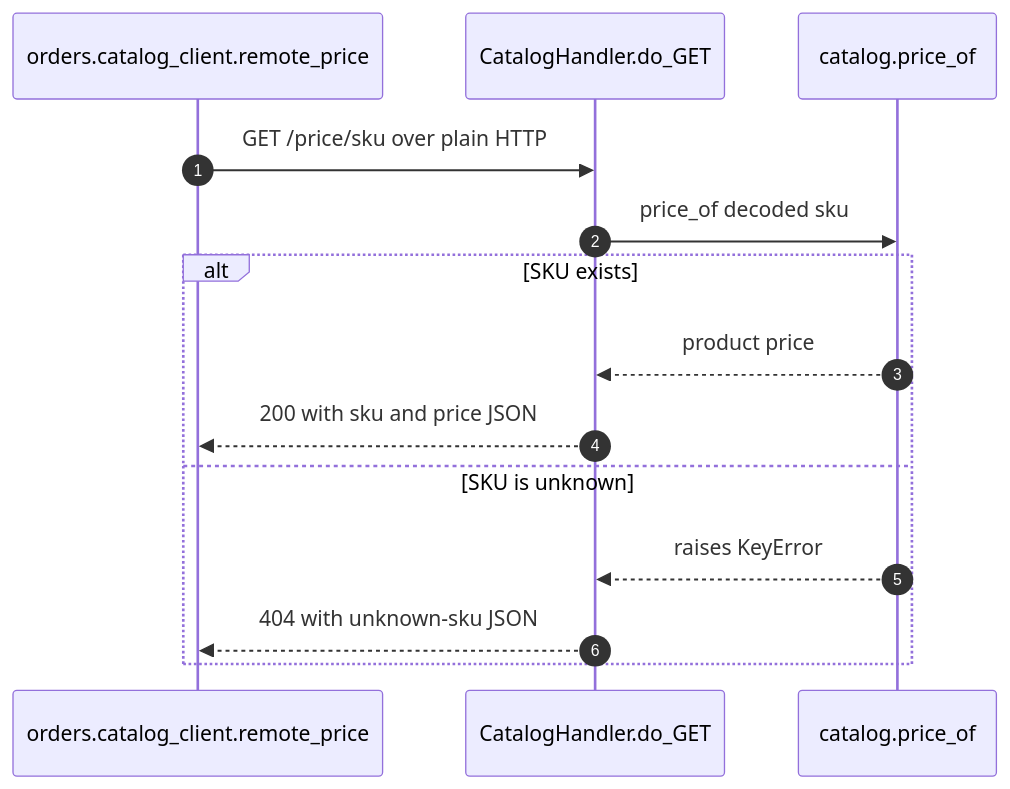
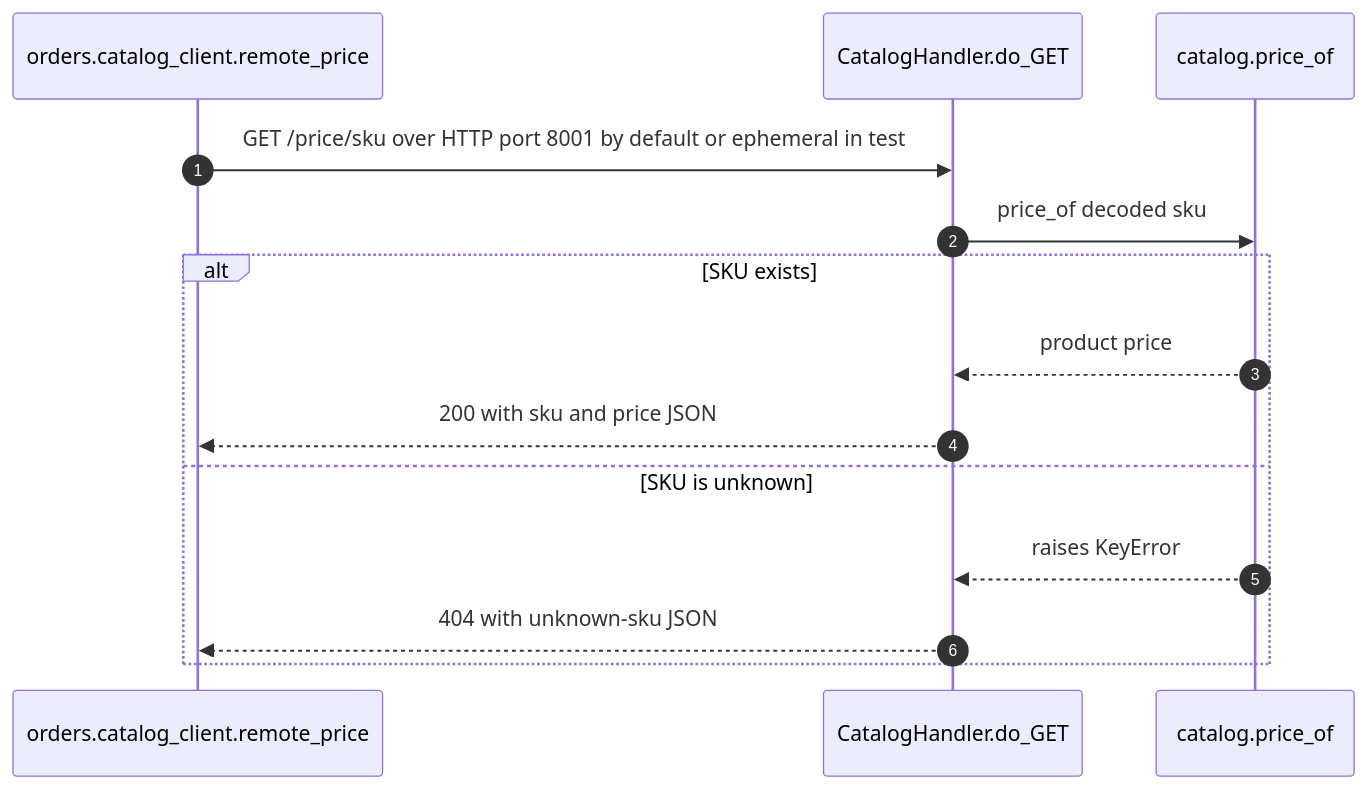
One commit to vishalc412/bible-mode-b-test changed the second of 2 diagrams in codebase-analysis/lld/api/catalog/catalog.md. Above: the diagram before and after it, drawn with Mermaid. The commit also changed other lines of this file and 27 other files, not shown here.

````diff
--- a/codebase-analysis/lld/api/catalog/catalog.md
+++ b/codebase-analysis/lld/api/catalog/catalog.md
@@ -91,16 +91,16 @@
 ```mermaid
 sequenceDiagram
   autonumber
   participant Client as orders.catalog_client.remote_price
   participant Handler as CatalogHandler.do_GET
   participant Price as catalog.price_of
-  Client->>Handler: GET /price/sku over plain HTTP
+  Client->>Handler: GET /price/sku over HTTP port 8001 by default or ephemeral in test
   Handler->>Price: price_of decoded sku
   alt SKU exists
     Price-->>Handler: product price
     Handler-->>Client: 200 with sku and price JSON
   else SKU is unknown
     Price-->>Handler: raises KeyError
     Handler-->>Client: 404 with unknown-sku JSON
   end
 ```
````
